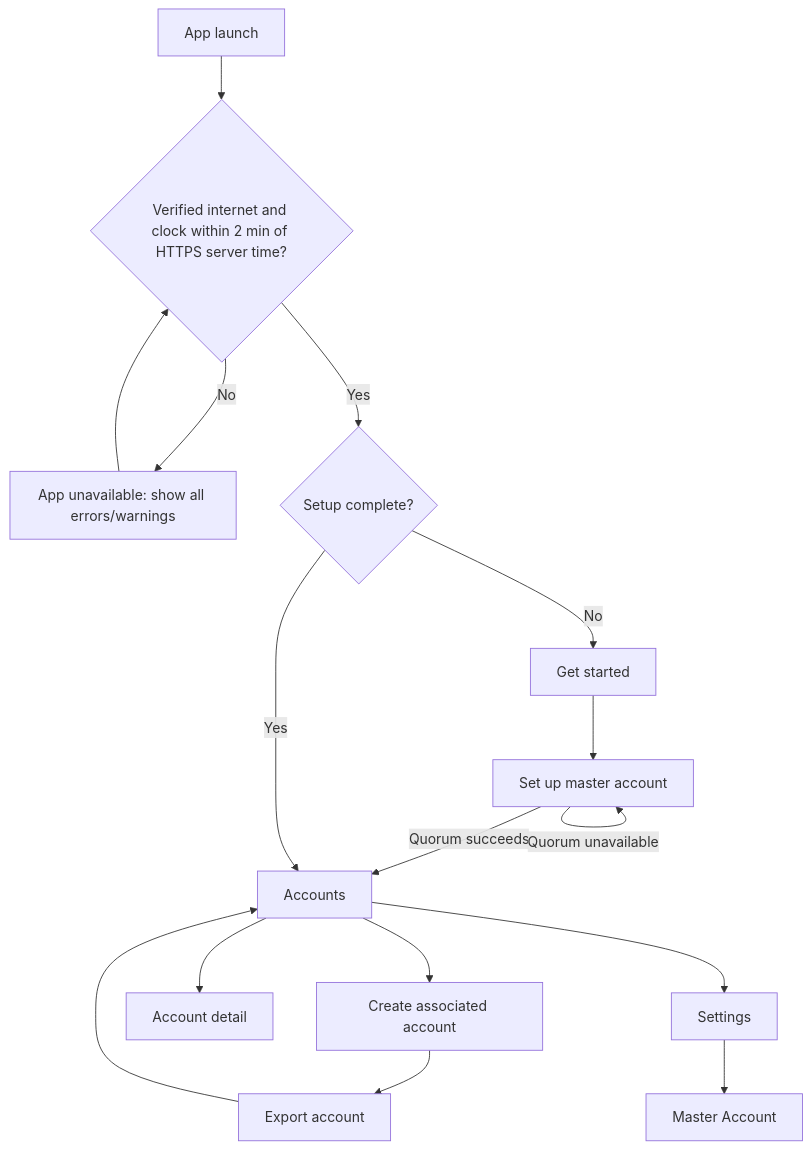
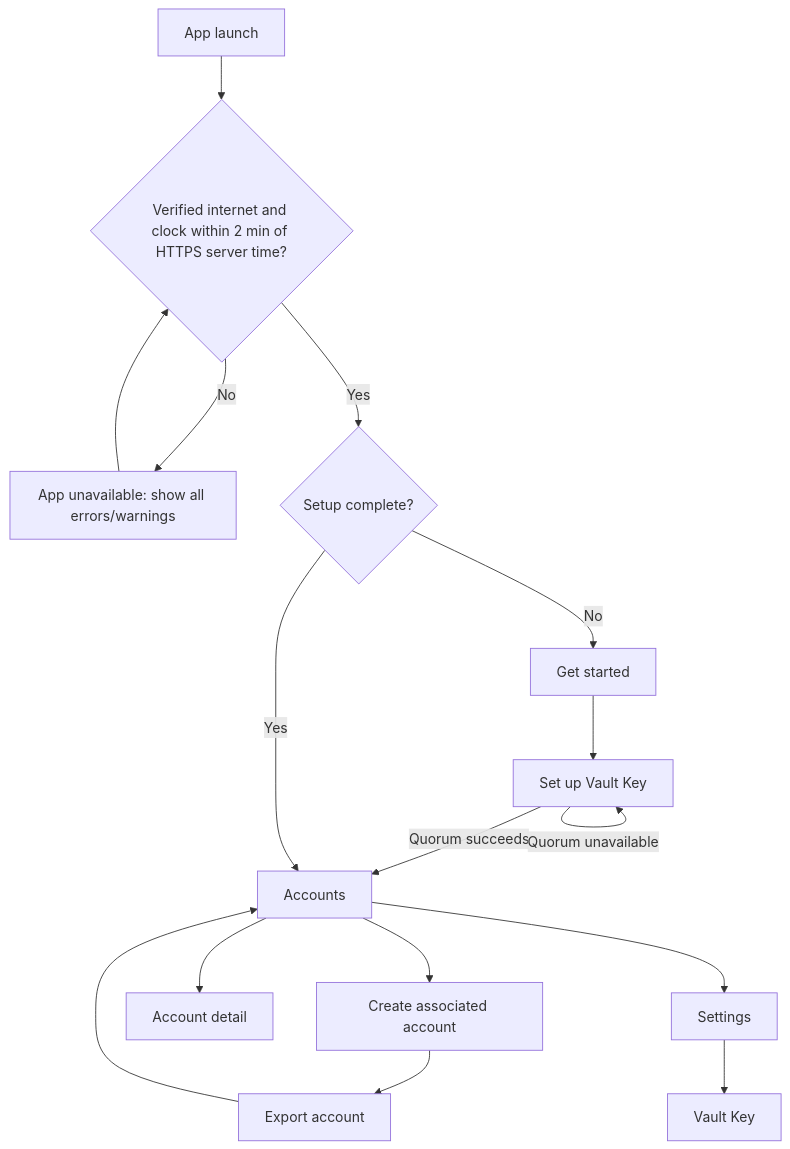
One commit to ZenTenApp/vault-kotlin changed the diagram in docs/stakeholder/screens-and-states.md. Above: the diagram before and after it, drawn with Mermaid. The commit also changed other lines of this file and 74 other files, not shown here.

Commit message:
refactor(vault-key): replace master terminology

````diff
--- a/docs/stakeholder/screens-and-states.md
+++ b/docs/stakeholder/screens-and-states.md
@@ -31,18 +31,18 @@
 ```mermaid
 flowchart TD
     R[App launch] --> P{Verified internet and clock within 2 min of HTTPS server time?}
     P -- No --> U[App unavailable: show all errors/warnings]
     U --> P
     P -- Yes --> S{Setup complete?}
     S -- No --> G[Get started]
-    G --> M[Set up master account]
+    G --> M[Set up Vault Key]
     M -- Quorum succeeds --> A[Accounts]
     M -- Quorum unavailable --> M
     S -- Yes --> A
     A --> N[Create associated account]
     N --> EX[Export account]
     EX --> A
     A --> D[Account detail]
     A --> ST[Settings]
-    ST --> MA[Master Account]
+    ST --> MA[Vault Key]
 ```
````
